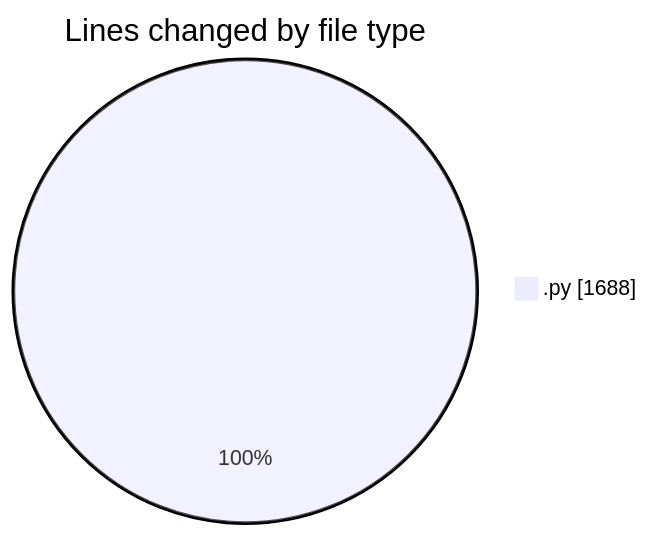
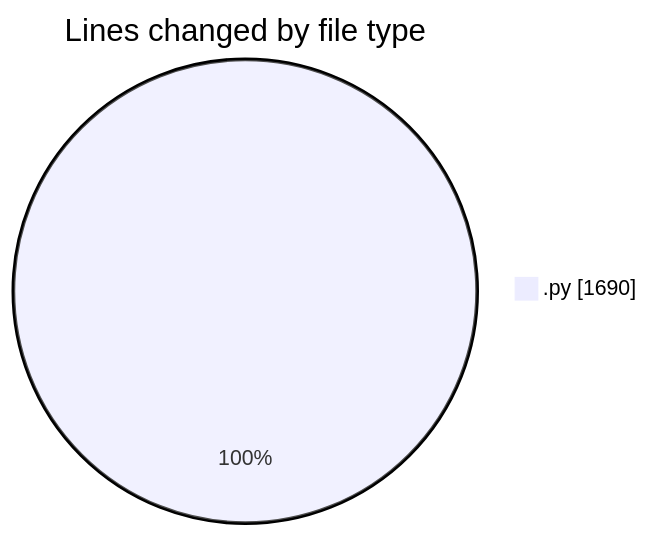
One commit to julien-gomy/code-tracking changed the first of 2 diagrams in 2025-11-27/eventscop-api-guide__workspace_/README.md. Above: the diagram before and after it, drawn with Mermaid. The commit also changed other lines of this file and 1 other file, not shown here.

````diff
--- a/2025-11-27/eventscop-api-guide__workspace_/README.md
+++ b/2025-11-27/eventscop-api-guide__workspace_/README.md
@@ -21,5 +21,5 @@
 ```mermaid
 pie showData
 title Lines changed by file type
-".py" : 1688
+".py" : 1690
 ```
````
